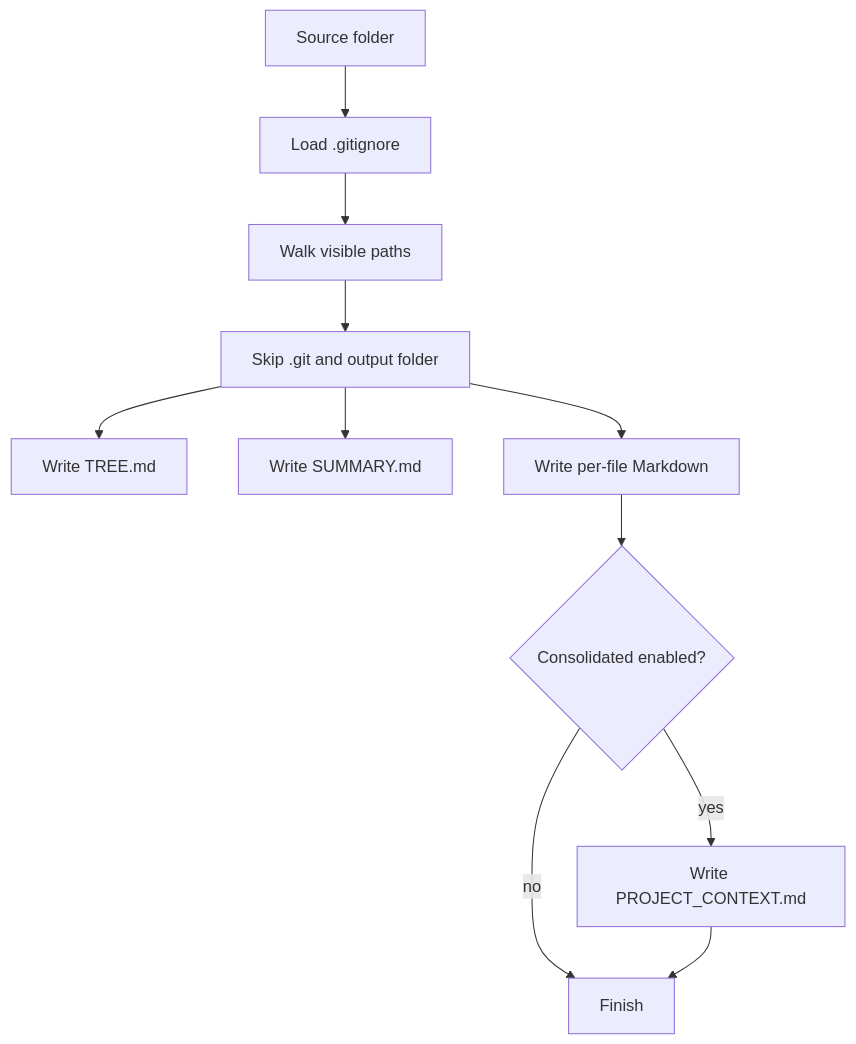
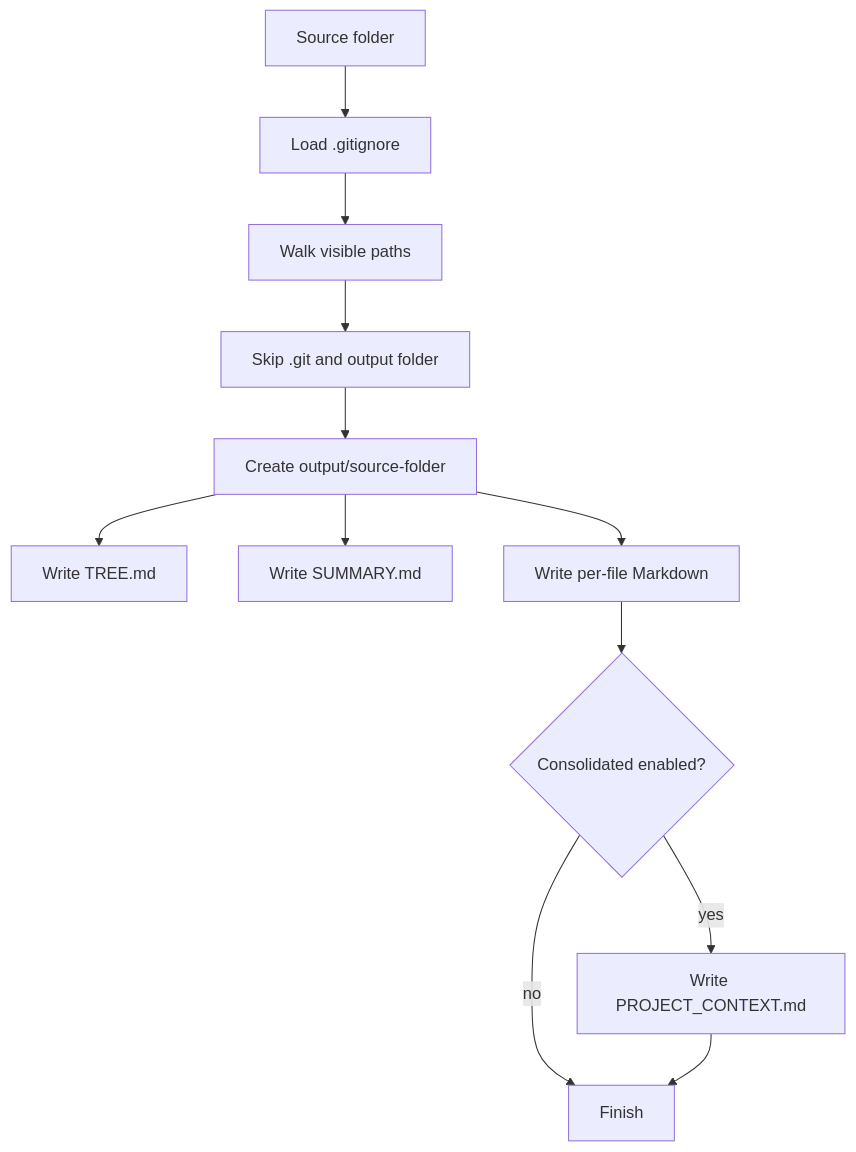
Before and after one commit to MarcosAlves90/export-to-md: the diagram in README.md, drawn with Mermaid. The commit also changed other lines of this file and 1 other file, not shown here.

Commit message:
feat: nest exports by source folder

````diff
--- a/README.md
+++ b/README.md
@@ -37,13 +37,14 @@
 ```mermaid
 flowchart TD
     A[Source folder] --> B[Load .gitignore]
     B --> C[Walk visible paths]
     C --> D[Skip .git and output folder]
-    D --> E[Write TREE.md]
-    D --> F[Write SUMMARY.md]
-    D --> G[Write per-file Markdown]
-    G --> H{Consolidated enabled?}
-    H -- yes --> I[Write PROJECT_CONTEXT.md]
-    H -- no --> J[Finish]
-    I --> J
+    D --> E[Create output/source-folder]
+    E --> F[Write TREE.md]
+    E --> G[Write SUMMARY.md]
+    E --> H[Write per-file Markdown]
+    H --> I{Consolidated enabled?}
+    I -- yes --> J[Write PROJECT_CONTEXT.md]
+    I -- no --> K[Finish]
+    J --> K
 ```
````
